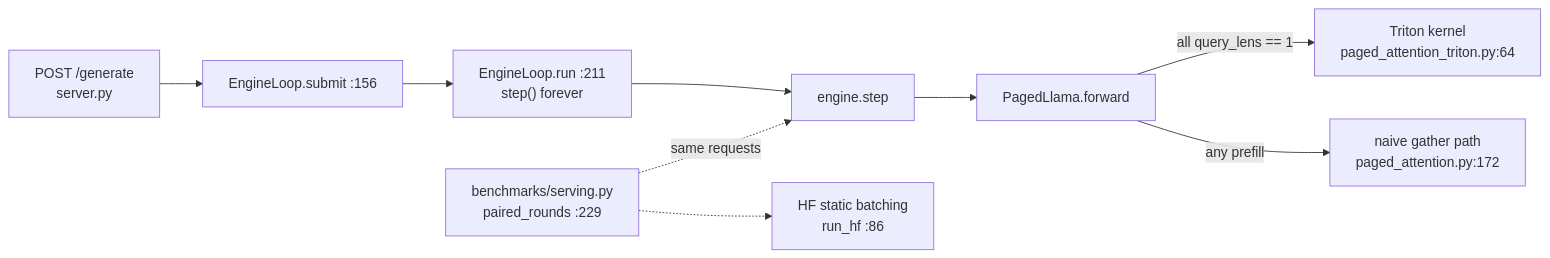
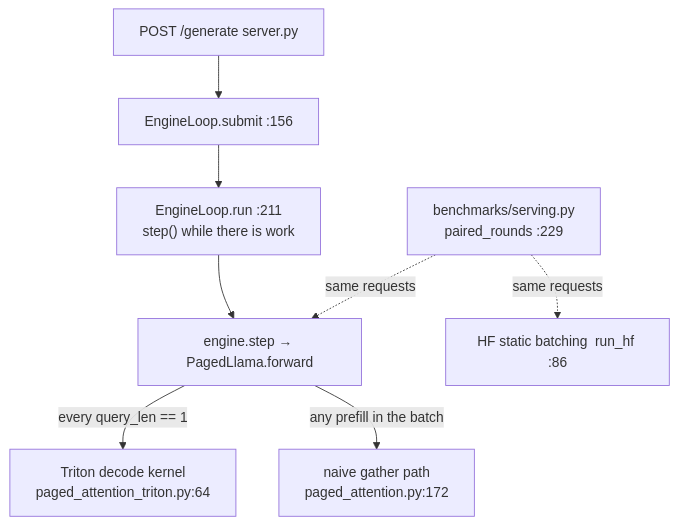
One commit to jayavardhan-g/projects-vault changed the first of 4 diagrams in Interview prep/Days/Day 03 - mini-vLLM III.md. Above: the diagram before and after it, drawn with Mermaid. The commit also changed other lines of this file and 12 other files, not shown here.

First line of the commit message:
projects: Days 2-14 "Code, explained": full-width top-to-bottom diagrams, a figure per section, and a step-by-step flow per day

````diff
--- a/Interview prep/Days/Day 03 - mini-vLLM III.md
+++ b/Interview prep/Days/Day 03 - mini-vLLM III.md
@@ -109,10 +109,10 @@
 ```mermaid
-flowchart LR
-  HTTP["POST /generate<br/>server.py"] --> SUB["EngineLoop.submit :156"]
-  SUB --> LOOP["EngineLoop.run :211<br/>step() forever"]
-  LOOP --> STEP["engine.step"] --> FWD["PagedLlama.forward"]
-  FWD -->|"all query_lens == 1"| TK["Triton kernel<br/>paged_attention_triton.py:64"]
-  FWD -->|"any prefill"| NV["naive gather path<br/>paged_attention.py:172"]
-  BENCH["benchmarks/serving.py<br/>paired_rounds :229"] -.->|same requests| STEP
-  BENCH -.-> HF["HF static batching<br/>run_hf :86"]
+flowchart TB
+  HTTP["POST /generate  server.py"] --> SUB["EngineLoop.submit :156"]
+  SUB --> LOOP["EngineLoop.run :211<br/>step() while there is work"]
+  LOOP --> FWD["engine.step → PagedLlama.forward"]
+  FWD -->|"every query_len == 1"| TK["Triton decode kernel<br/>paged_attention_triton.py:64"]
+  FWD -->|"any prefill in the batch"| NV["naive gather path<br/>paged_attention.py:172"]
+  BENCH["benchmarks/serving.py<br/>paired_rounds :229"] -.->|"same requests"| HF["HF static batching  run_hf :86"]
+  BENCH -.->|"same requests"| FWD
 ```
````
